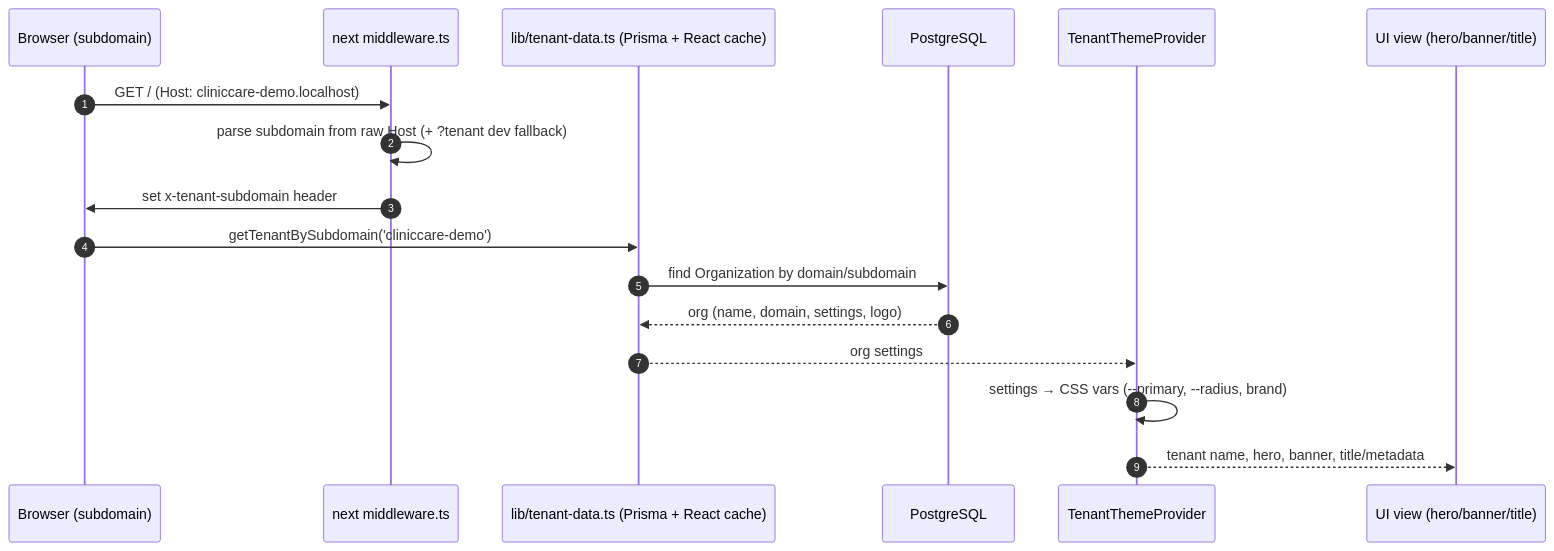
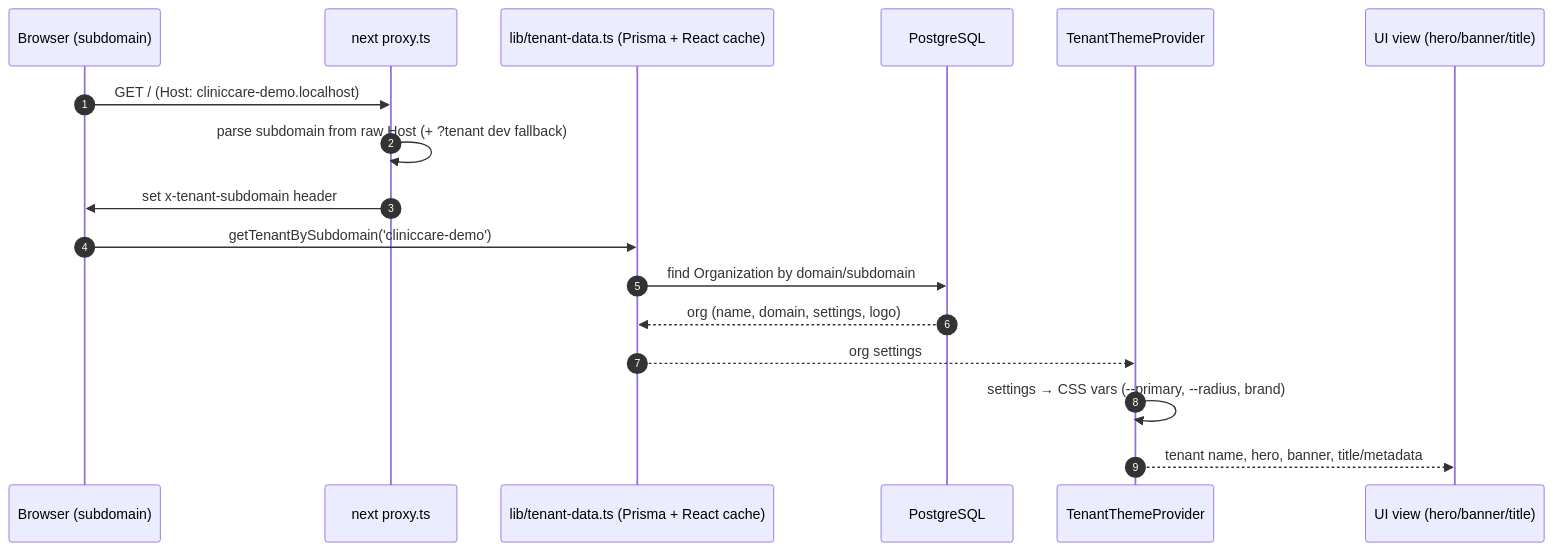
Before and after one commit to Pankajshukla2282/cliniccare: the diagram in docs/diagrams/src08.mermaid, drawn with Mermaid. The commit also changed 57 other files, not shown here.

```diff
--- a/docs/diagrams/src08.mermaid
+++ b/docs/diagrams/src08.mermaid
@@ -1,18 +1,18 @@
 sequenceDiagram
   autonumber
   participant B as Browser (subdomain)
-  participant MW as next middleware.ts
+  participant MW as next proxy.ts
   participant L as lib/tenant-data.ts (Prisma + React cache)
   participant DB as PostgreSQL
   participant TP as TenantThemeProvider
   participant UV as UI view (hero/banner/title)
 
   B->>MW: GET / (Host: cliniccare-demo.localhost)
   MW->>MW: parse subdomain from raw Host (+ ?tenant dev fallback)
   MW->>B: set x-tenant-subdomain header
   B->>L: getTenantBySubdomain('cliniccare-demo')
   L->>DB: find Organization by domain/subdomain
   DB-->>L: org (name, domain, settings, logo)
   L-->>TP: org settings
   TP->>TP: settings → CSS vars (--primary, --radius, brand)
   TP-->>UV: tenant name, hero, banner, title/metadata
```
